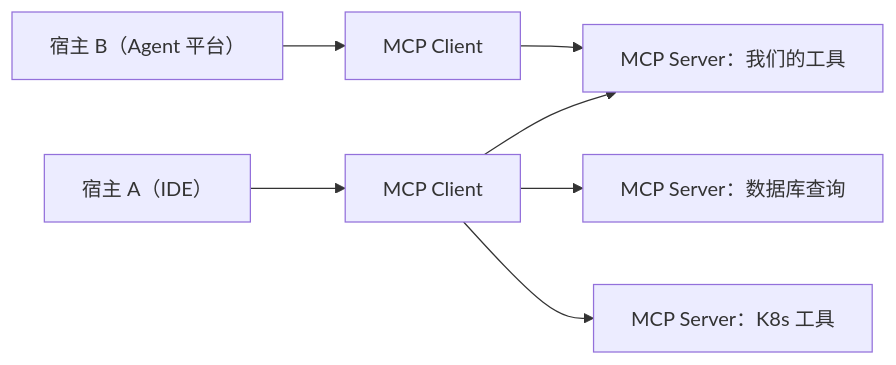
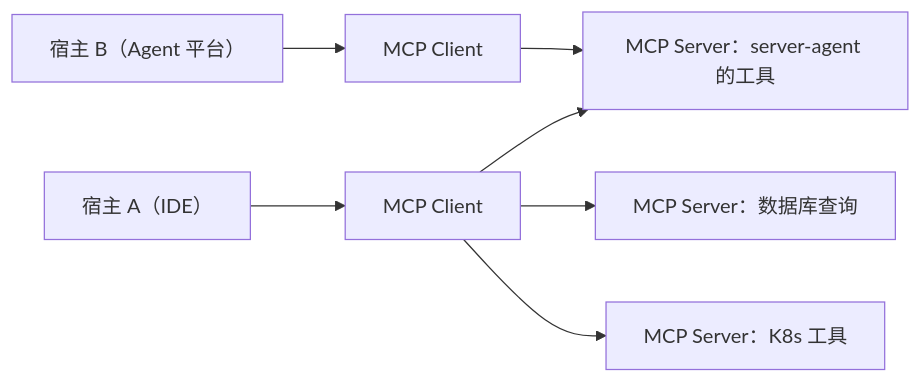
Before and after one commit to evaevable/server-agent: the diagram in docs/chapters/14-mcp.md, drawn with Mermaid. The commit also changed other lines of this file and 48 other files, not shown here.

````diff
--- a/docs/chapters/14-mcp.md
+++ b/docs/chapters/14-mcp.md
@@ -17,9 +21,9 @@
 ```mermaid
 flowchart LR
     H1["宿主 A（IDE）"] --> C1["MCP Client"]
     H2["宿主 B（Agent 平台）"] --> C2["MCP Client"]
-    C1 --> S1["MCP Server：我们的工具"]
+    C1 --> S1["MCP Server：server-agent 的工具"]
     C2 --> S1
     C1 --> S2["MCP Server：数据库查询"]
     C1 --> S3["MCP Server：K8s 工具"]
 ```
````
